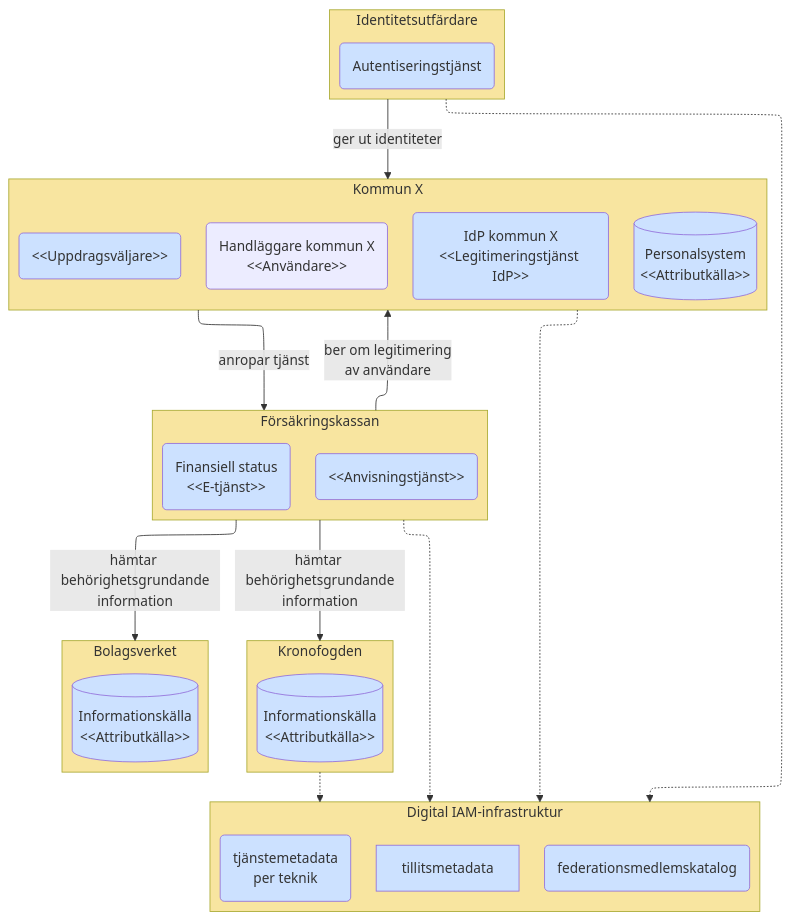
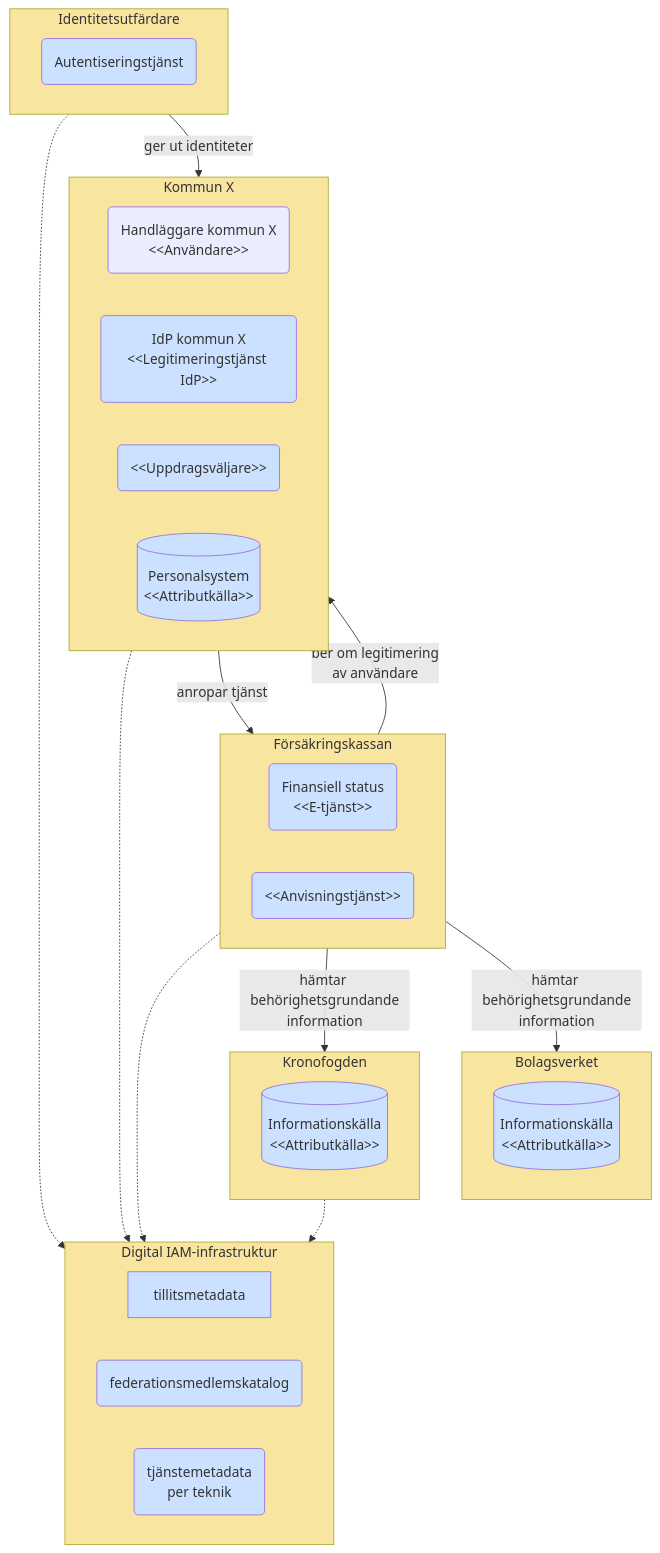
Before and after one commit to diggsweden/ena-authorization: the tenth of 10 diagrams in architecture/drafts/IAM_TargetArchitecture_Sweden.md, drawn with Mermaid. The commit also changed other lines of this file, not shown here.

Commit message:
fixing mermaid

````diff
--- a/architecture/drafts/IAM_TargetArchitecture_Sweden.md
+++ b/architecture/drafts/IAM_TargetArchitecture_Sweden.md
@@ -350,50 +354,50 @@
 ```mermaid
-%%{init: {"flowchart": {"defaultRenderer": "elk"}} }%%
-graph TD
+flowchart TB
+
 classDef org fill:#F8E5A0
 classDef comp fill:#CCE1FF
 classDef box fill:#ffffff,stroke:#000000
 
 subgraph xo[Kommun X]
     xu(Handläggare kommun X<br>&lt&ltAnvändare&gt&gt)
     xidp(IdP kommun X<br>&lt&ltLegitimeringstjänst IdP&gt&gt):::comp
     xuv(<p>&lt&ltUppdragsväljare&gt&gt):::comp
     xak[(Personalsystem<br>&lt&ltAttributkälla&gt&gt)]:::comp
 end
 xo:::org
 
 subgraph k[Kronofogden]
     kd[(Informationskälla<br>&lt&ltAttributkälla&gt&gt)]:::comp
 end
 k:::org
 
 subgraph b[Bolagsverket]
     bd[(Informationskälla<br>&lt&ltAttributkälla&gt&gt)]:::comp
 end
 b:::org
 
 subgraph fk[Försäkringskassan]
     fkt(Finansiell status<br>&lt&ltE-tjänst&gt&gt):::comp
     fka(<p>&lt&ltAnvisningstjänst&gt&gt):::comp
 end
 fk:::org
 
 subgraph id[Identitetsutfärdare]
     ida(Autentiseringstjänst):::comp
 end
 id:::org
 
 subgraph fed[Digital IAM-infrastruktur]
     fedt[tillitsmetadata]:::comp
     fedmk(federationsmedlemskatalog):::comp
     fedprof(tjänstemetadata<br>per teknik):::comp
 end
 fed:::org
 
 id & fk & xo & k -.-> fed
 id--ger ut identiteter-->xo
 fk--ber om legitimering<br>av användare-->xo
 fk--hämtar behörighetsgrundande<br>information-->k & b
 xo--anropar tjänst--> fk
 
 ```
````
